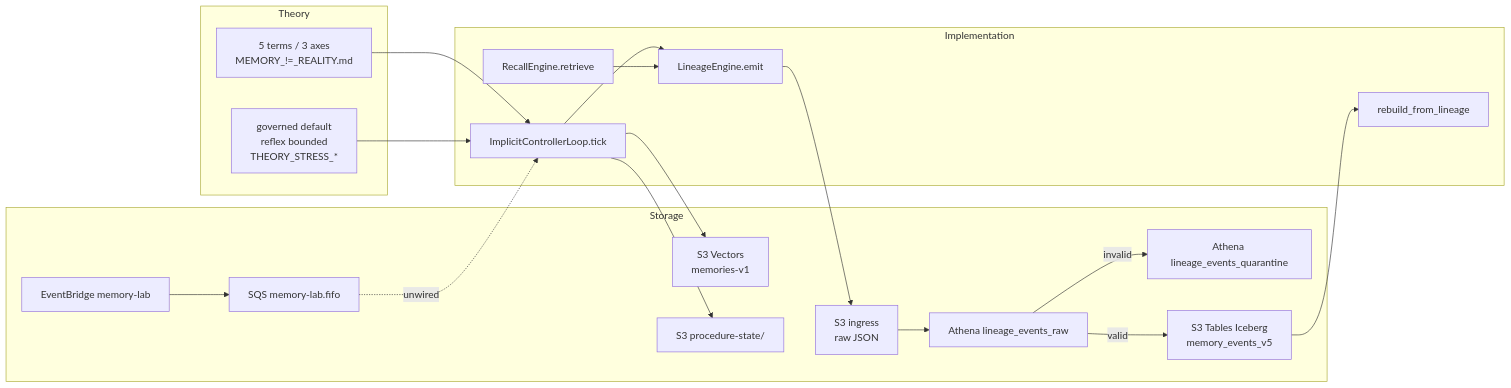
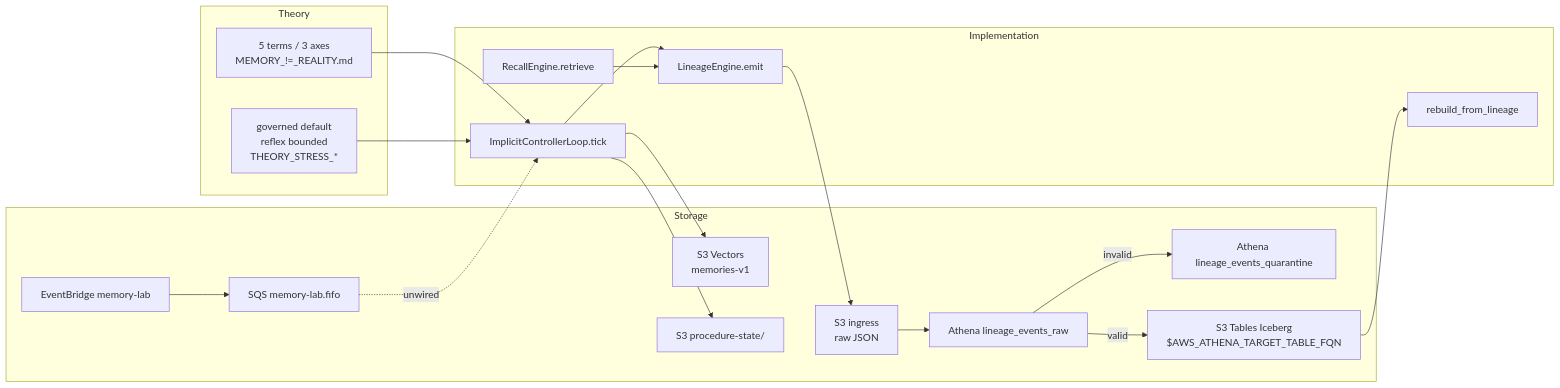
The diagram in specs/AGENT_PRIMER.md (stack-research/memory), drawn with Mermaid before and after one commit. The commit also changed other lines of this file and 18 other files, not shown here.

````diff
--- a/specs/AGENT_PRIMER.md
+++ b/specs/AGENT_PRIMER.md
@@ -58,38 +58,38 @@
 ```mermaid
 flowchart LR
   subgraph theory [Theory]
     Vocab["5 terms / 3 axes<br/>MEMORY_!=_REALITY.md"]
     Doctrine["governed default<br/>reflex bounded<br/>THEORY_STRESS_*"]
   end
 
   subgraph storage [Storage]
     Ingress["S3 ingress<br/>raw JSON"]
     Raw["Athena lineage_events_raw"]
     Quarantine["Athena lineage_events_quarantine"]
-    Canon["S3 Tables Iceberg<br/>memory_events_v5"]
+    Canon["S3 Tables Iceberg<br/>$AWS_ATHENA_TARGET_TABLE_FQN"]
     Vectors["S3 Vectors<br/>memories-v1"]
     ProcState["S3 procedure-state/"]
     Bus["EventBridge memory-lab"]
     Fifo["SQS memory-lab.fifo"]
   end
 
   subgraph impl [Implementation]
     Emit["LineageEngine.emit"]
     Explicit["RecallEngine.retrieve"]
     Implicit["ImplicitControllerLoop.tick"]
     Replay["rebuild_from_lineage"]
   end
 
   Vocab --> Implicit
   Doctrine --> Implicit
   Implicit --> Emit
   Explicit --> Emit
   Emit --> Ingress --> Raw
   Raw -->|valid| Canon
   Raw -->|invalid| Quarantine
   Implicit --> Vectors
   Implicit --> ProcState
   Bus --> Fifo
   Fifo -.unwired.-> Implicit
   Canon --> Replay
 ```
````
